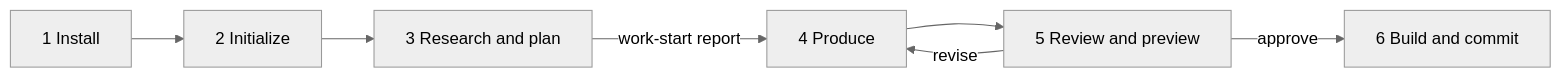
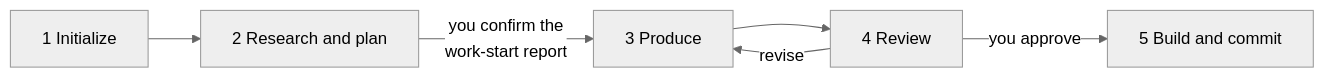
Before and after one commit to context4ai/portal: the diagram in knowledge/product/getting-started/workflow-at-a-glance.md, drawn with Mermaid (neutral theme). The commit also changed other lines of this file and 138 other files, not shown here.

````diff
--- a/knowledge/product/getting-started/workflow-at-a-glance.md
+++ b/knowledge/product/getting-started/workflow-at-a-glance.md
@@ -15,9 +15,8 @@
 ```mermaid
 flowchart LR
-  s1["1 Install"] --> s2["2 Initialize"]
-  s2 --> s3["3 Research and plan"]
-  s3 -->|work-start report| s4["4 Produce"]
-  s4 --> s5["5 Review and preview"]
-  s5 -->|revise| s4
-  s5 -->|approve| s6["6 Build and commit"]
+  s1["1 Initialize"] --> s2["2 Research and plan"]
+  s2 -->|"you confirm the<br/>work-start report"| s3["3 Produce"]
+  s3 --> s4["4 Review"]
+  s4 -->|revise| s3
+  s4 -->|you approve| s5["5 Build and commit"]
 ```
````
